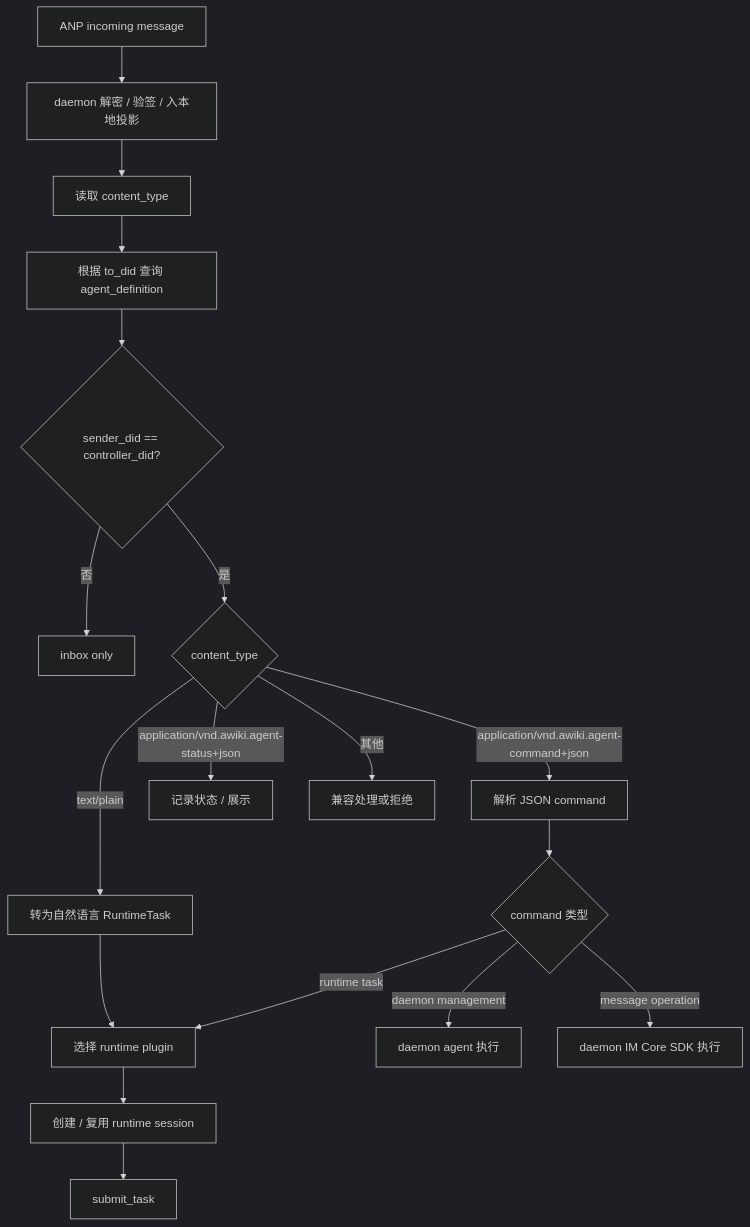
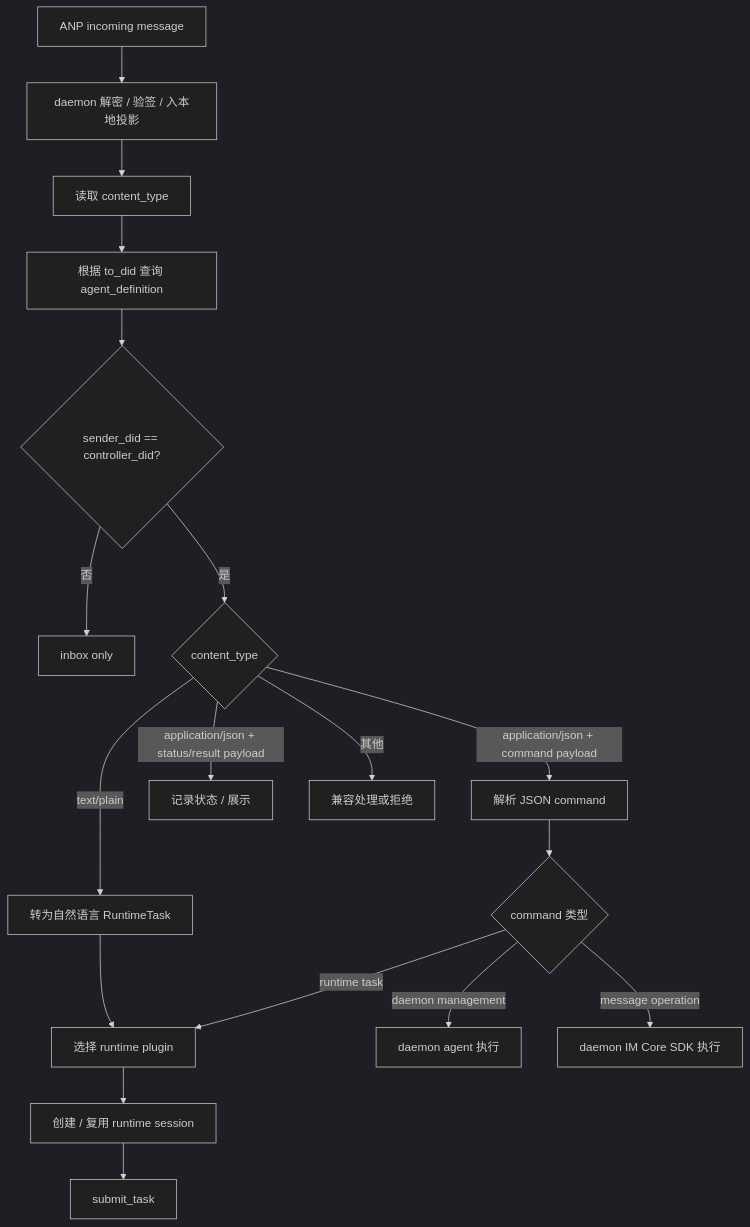
One commit to AgentConnect/awiki-cli-rs2 changed the fourth of 8 diagrams in crates/awiki-deamon/docs/awiki_agent_runtime_host_architecture.md. Above: the diagram before and after it, drawn with Mermaid (dark theme). The commit also changed other lines of this file, not shown here.

````diff
--- a/crates/awiki-deamon/docs/awiki_agent_runtime_host_architecture.md
+++ b/crates/awiki-deamon/docs/awiki_agent_runtime_host_architecture.md
@@ -1969,23 +1969,23 @@
 ```mermaid
 flowchart TD
   A[ANP incoming message] --> B[daemon 解密 / 验签 / 入本地投影]
   B --> C[读取 content_type]
   C --> D[根据 to_did 查询 agent_definition]
   D --> E{sender_did == controller_did?}
 
   E -->|否| F[inbox only]
   E -->|是| G{content_type}
 
   G -->|text/plain| H[转为自然语言 RuntimeTask]
-  G -->|application/vnd.awiki.agent-command+json| I[解析 JSON command]
-  G -->|application/vnd.awiki.agent-status+json| J[记录状态 / 展示]
+  G -->|application/json + command payload| I[解析 JSON command]
+  G -->|application/json + status/result payload| J[记录状态 / 展示]
   G -->|其他| K[兼容处理或拒绝]
 
   H --> L[选择 runtime plugin]
   I --> M{command 类型}
   M -->|daemon management| N[daemon agent 执行]
   M -->|runtime task| L
   M -->|message operation| O[daemon IM Core SDK 执行]
   L --> P[创建 / 复用 runtime session]
   P --> Q[submit_task]
 ```
````
